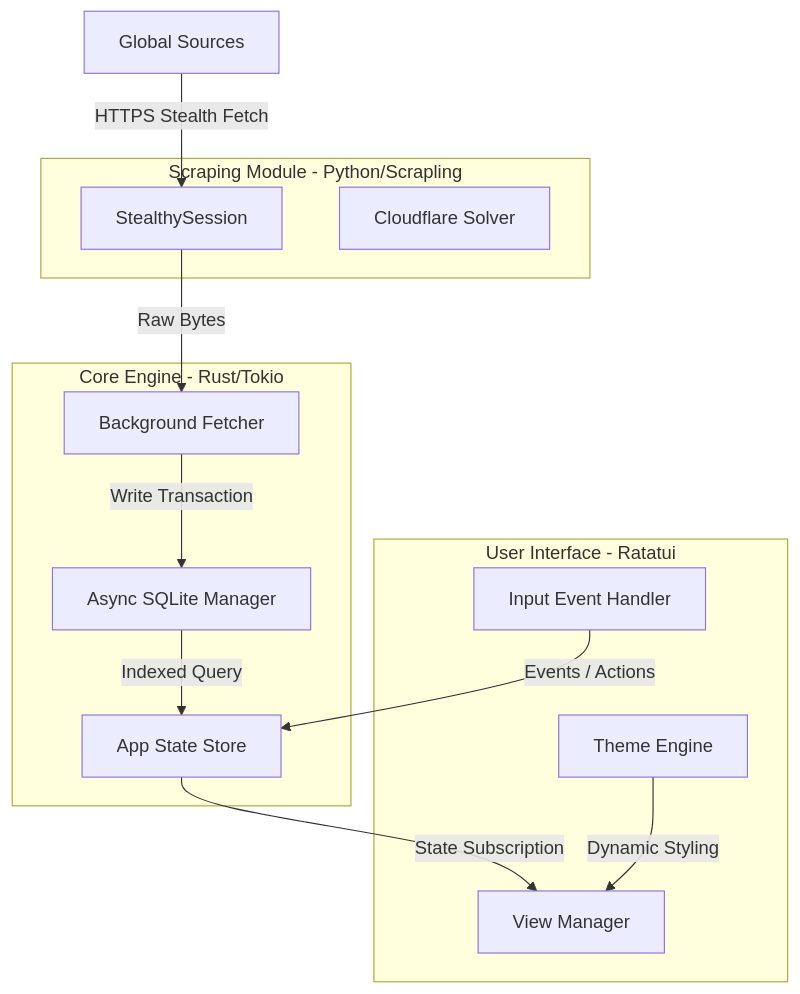
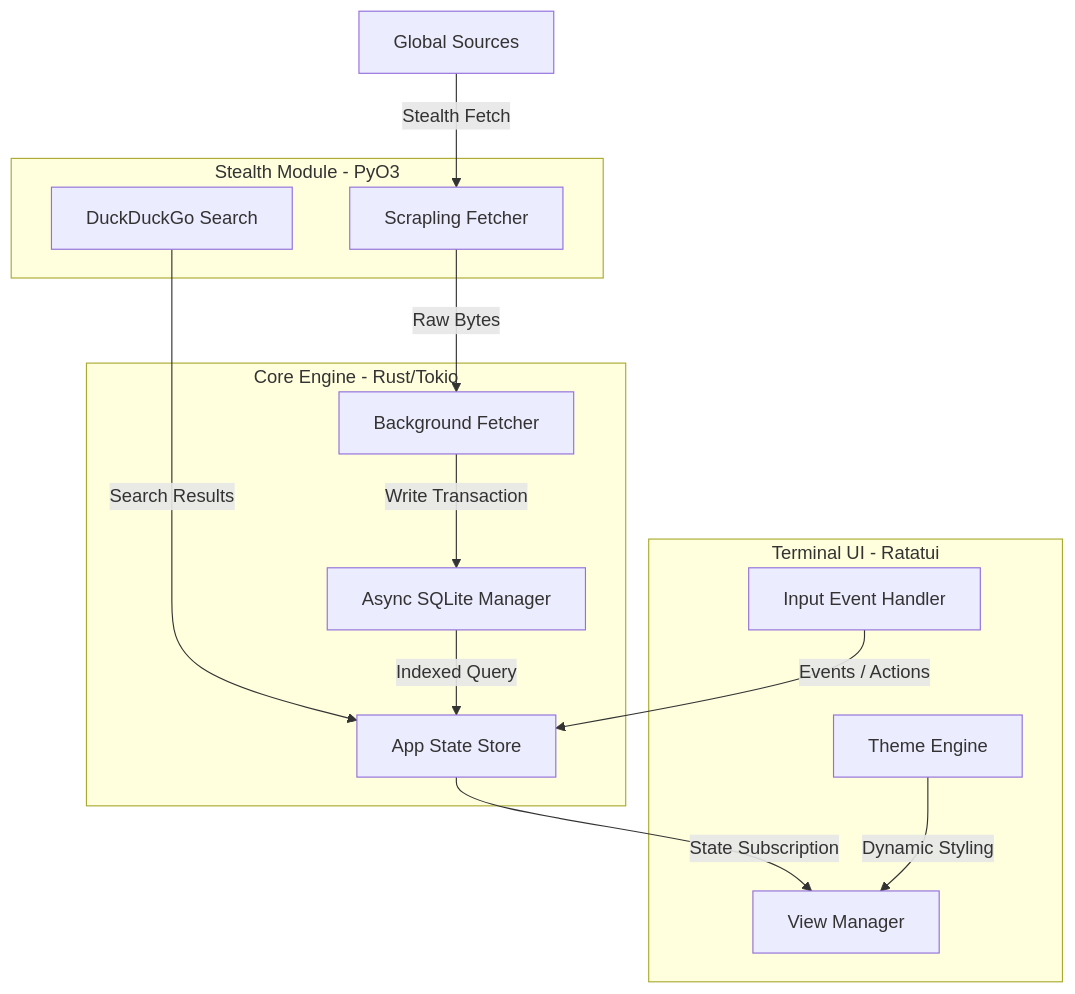
One commit to rivadmorin/Ultra-Fast-Millisecond-News-TUI-in-Rust changed the diagram in README.md. Above: the diagram before and after it, drawn with Mermaid. The commit also changed other lines of this file and 4 other files, not shown here.

First line of the commit message:
feat: integrated global DuckDuckGo search and expanded news ecosystem

````diff
--- a/README.md
+++ b/README.md
@@ -38,27 +38,28 @@
 ```mermaid
 graph TD
-    subgraph UI_Layer [User Interface - Ratatui]
+    subgraph UI_Layer [Terminal UI - Ratatui]
         A[View Manager]
         B[Theme Engine]
         C[Input Event Handler]
     end
 
     subgraph Logic_Layer [Core Engine - Rust/Tokio]
         D[App State Store]
         E[Background Fetcher]
         F[Async SQLite Manager]
     end
 
-    subgraph Stealth_Module [Scraping Module - Python/Scrapling]
-        G[StealthySession]
-        H[Cloudflare Solver]
+    subgraph Python_Bridge [Stealth Module - PyO3]
+        G[Scrapling Fetcher]
+        H[DuckDuckGo Search]
     end
 
-    I[Global Sources] -->|HTTPS Stealth Fetch| G
+    I[Global Sources] -->|Stealth Fetch| G
+    H -->|Search Results| D
     G -->|Raw Bytes| E
     E -->|Write Transaction| F
     F -->|Indexed Query| D
     D -->|State Subscription| A
     B -->|Dynamic Styling| A
     C -->|Events / Actions| D
 ```
````
